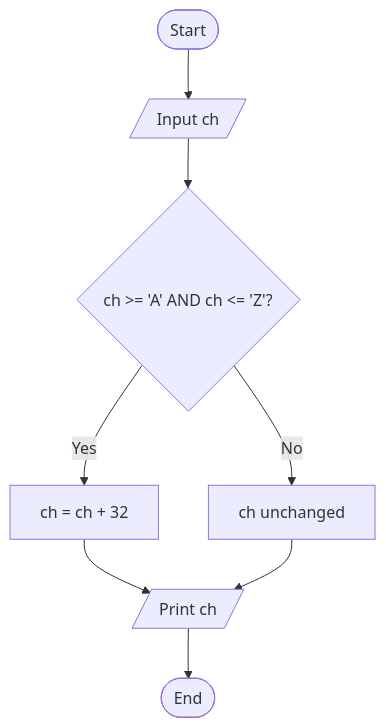
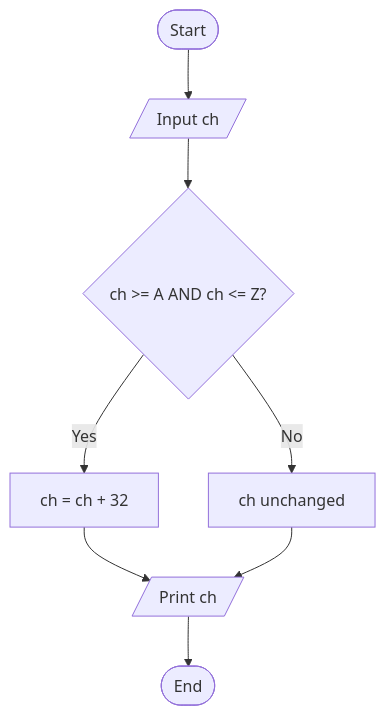
One commit to Marjuk06/HSC-C-Programing changed diagram 41 of 41 in C_Programming_Exam_Answers.md. Above: the diagram before and after it, drawn with Mermaid. The commit also changed other lines of this file, not shown here.

````diff
--- a/C_Programming_Exam_Answers.md
+++ b/C_Programming_Exam_Answers.md
@@ -2399,10 +2296,10 @@
 ```mermaid
 flowchart TD
     A([Start]) --> B[/"Input ch"/]
-    B --> C{"ch >= 'A' AND ch <= 'Z'?"}
+    B --> C{"ch >= A AND ch <= Z?"}
     C -- Yes --> D["ch = ch + 32"]
     C -- No --> E["ch unchanged"]
     D --> F[/"Print ch"/]
     E --> F
     F --> G([End])
 ```
````
